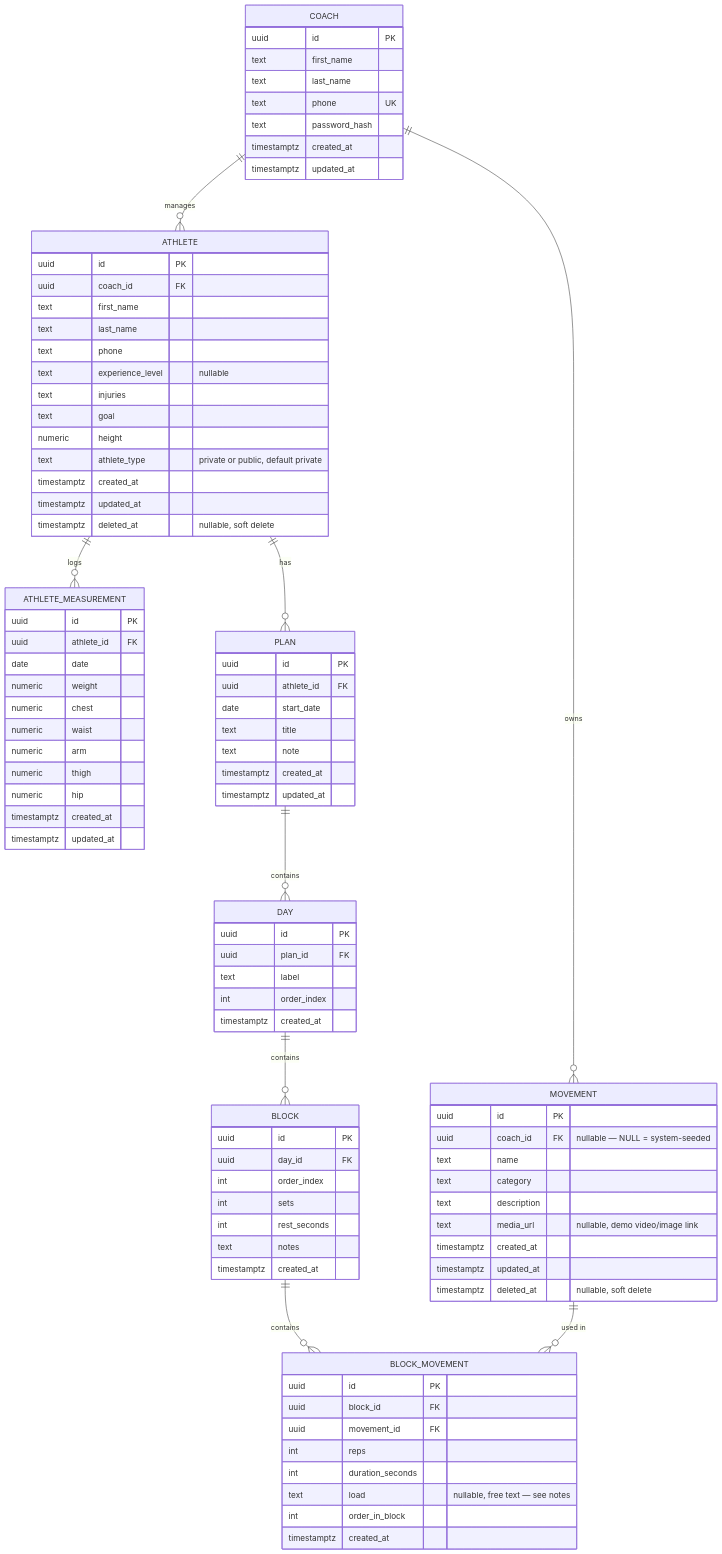
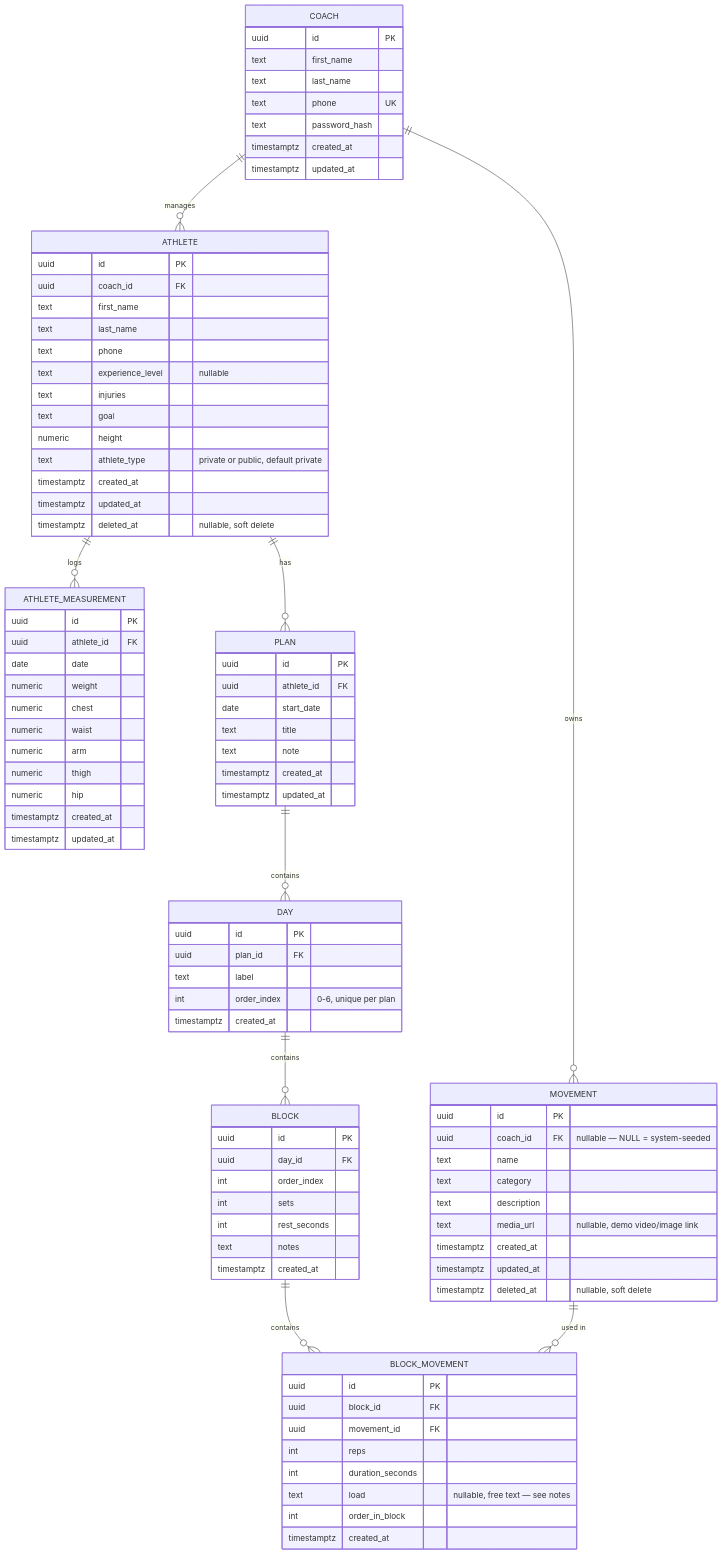
Before and after one commit to AbolfazlTayyar/GoGym: the diagram in docs/er-diagram.md, drawn with Mermaid. The commit also changed other lines of this file and 12 other files, not shown here.

Commit message:
feat(backend): cap plans at 7 days in the schema

```diff
--- a/docs/er-diagram.md
+++ b/docs/er-diagram.md
@@ -72,7 +72,7 @@
         uuid id PK
         uuid plan_id FK
         text label
-        int order_index
+        int order_index "0-6, unique per plan"
         timestamptz created_at
     }
 
```
